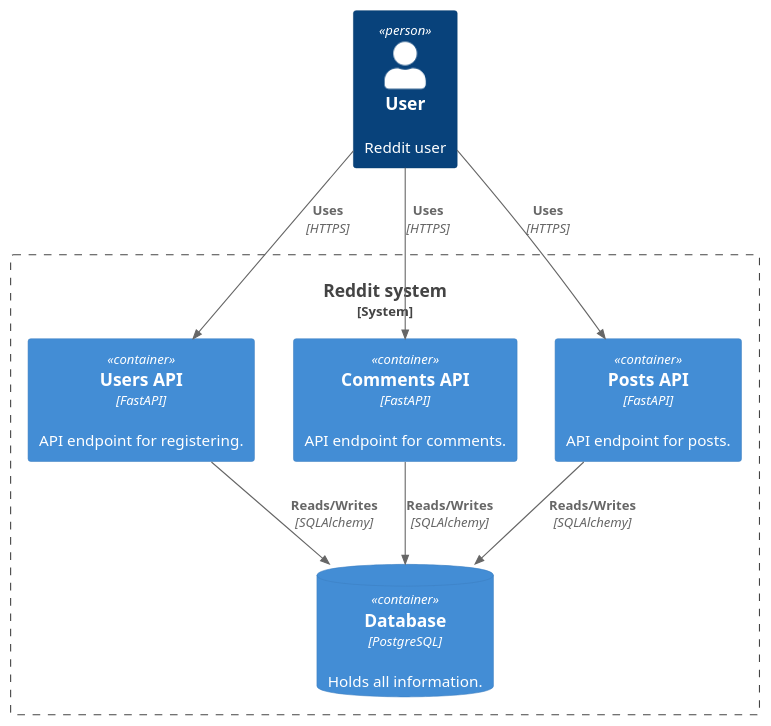
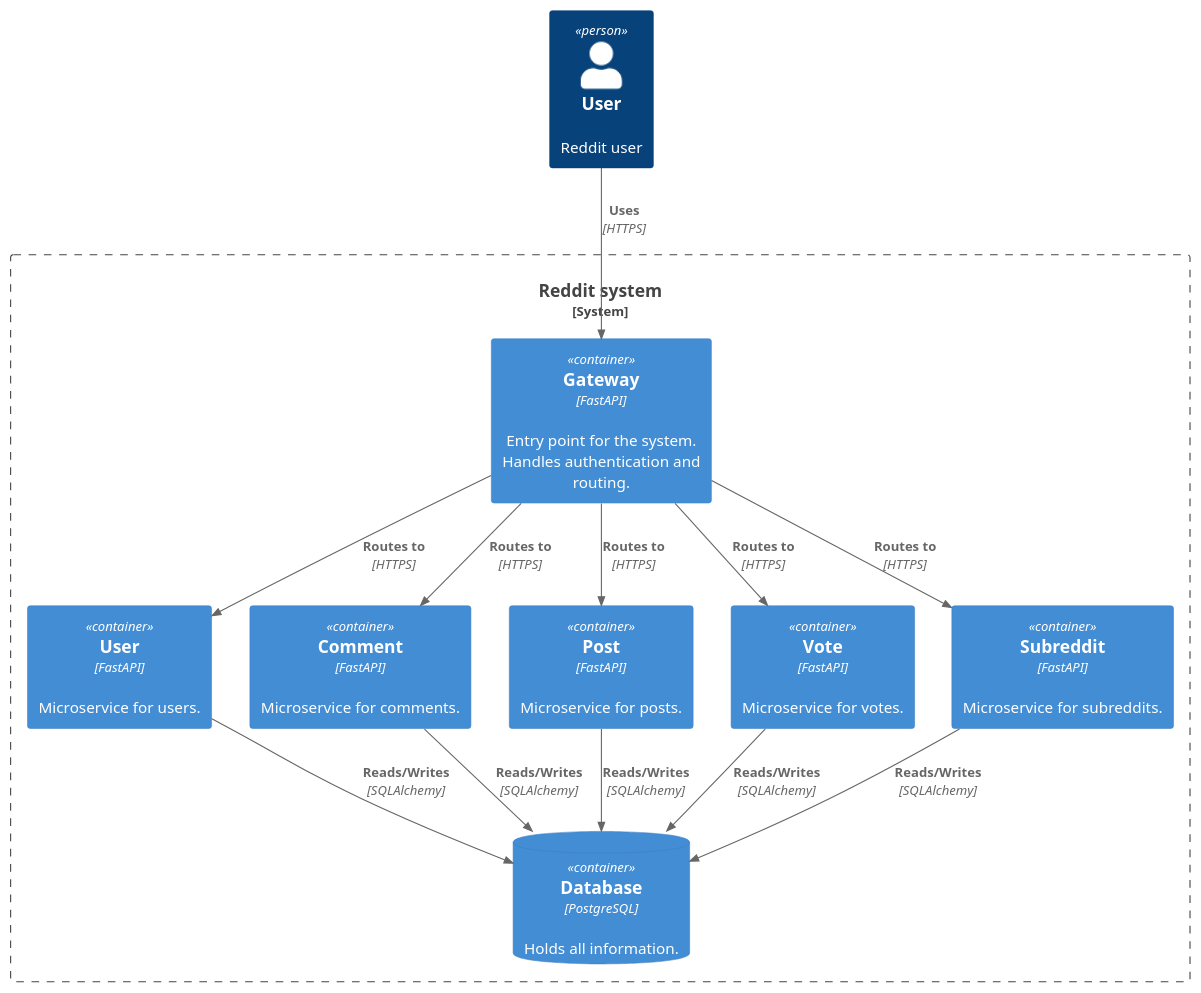
Before and after one commit to stoyanK7/not-reddit: the diagram in docs/architecture.puml, drawn with PlantUML. The commit also changed 2 other files, not shown here.

Commit message:
Update architecture documentation

```diff
--- a/docs/architecture.puml
+++ b/docs/architecture.puml
@@ -1,18 +1,26 @@
 @startuml C4_Container
 !include https://raw.githubusercontent.com/plantuml-stdlib/C4-PlantUML/master/C4_Container.puml
 
-Person(user, "User", "Reddit user")
+Person(user_person, "User", "Reddit user")
 System_Boundary(c1, "Reddit system") {
-    Container(users_api, "Users API", "FastAPI", "API endpoint for registering.")
-    Container(comments_api, "Comments API", "FastAPI", "API endpoint for comments.")
-    Container(posts_api, "Posts API", "FastAPI", "API endpoint for posts.")
+    Container(gateway, "Gateway", "FastAPI", "Entry point for the system. Handles authentication and routing.")
+    Container(user, "User", "FastAPI", "Microservice for users.")
+    Container(comment, "Comment", "FastAPI", "Microservice for comments.")
+    Container(post, "Post", "FastAPI", "Microservice for posts.")
+    Container(vote, "Vote", "FastAPI", "Microservice for votes.")
+    Container(subreddit, "Subreddit", "FastAPI", "Microservice for subreddits.")
     ContainerDb(postgres_db, "Database", "PostgreSQL", "Holds all information.")
 }
 
-Rel(user, users_api, "Uses", "HTTPS")
-Rel(user, comments_api, "Uses", "HTTPS")
-Rel(user, posts_api, "Uses", "HTTPS")
-Rel(users_api, postgres_db, "Reads/Writes", "SQLAlchemy")
-Rel(comments_api, postgres_db, "Reads/Writes", "SQLAlchemy")
-Rel(posts_api, postgres_db, "Reads/Writes", "SQLAlchemy")
+Rel(user_person, gateway, "Uses", "HTTPS")
+Rel(gateway, user, "Routes to", "HTTPS")
+Rel(gateway, comment, "Routes to", "HTTPS")
+Rel(gateway, post, "Routes to", "HTTPS")
+Rel(gateway, vote, "Routes to", "HTTPS")
+Rel(gateway, subreddit, "Routes to", "HTTPS")
+Rel(user, postgres_db, "Reads/Writes", "SQLAlchemy")
+Rel(comment, postgres_db, "Reads/Writes", "SQLAlchemy")
+Rel(post, postgres_db, "Reads/Writes", "SQLAlchemy")
+Rel(vote, postgres_db, "Reads/Writes", "SQLAlchemy")
+Rel(subreddit, postgres_db, "Reads/Writes", "SQLAlchemy")
 @enduml
```
